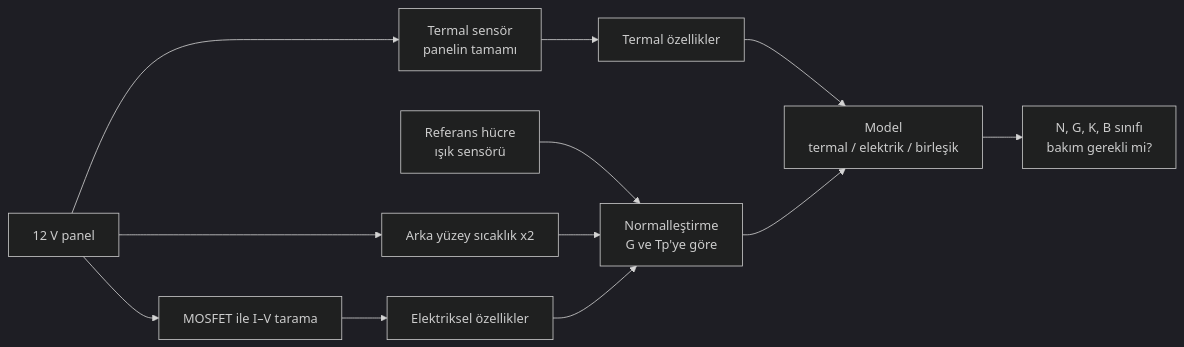
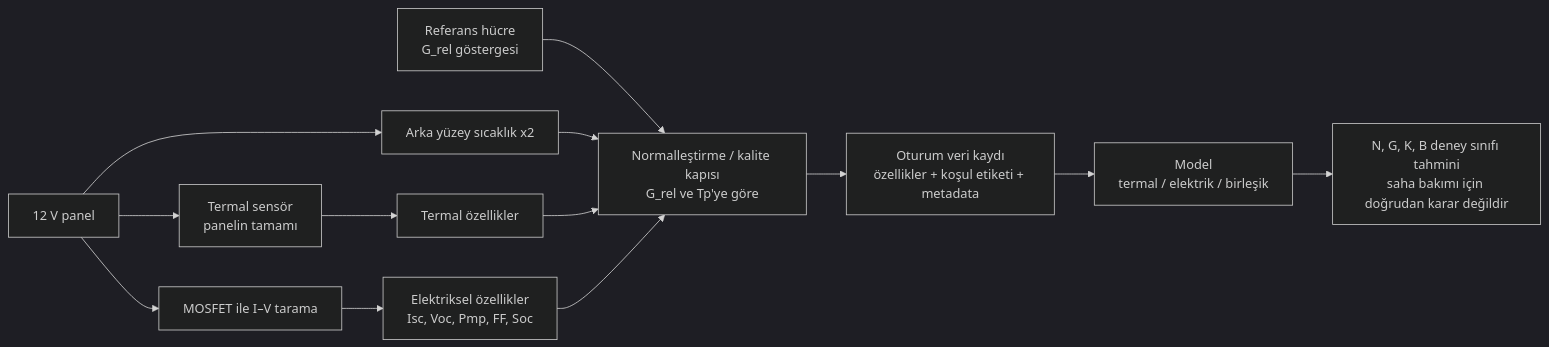
One commit to Zeki-wq/tubitak2209 changed the first of 4 diagrams in Gunes_Paneli_Ariza/15_DIYAGRAMLAR.md. Above: the diagram before and after it, drawn with Mermaid (dark theme). The commit also changed other lines of this file and 114 other files, not shown here.

````diff
--- a/Gunes_Paneli_Ariza/15_DIYAGRAMLAR.md
+++ b/Gunes_Paneli_Ariza/15_DIYAGRAMLAR.md
@@ -7,14 +7,15 @@
 ```mermaid
 flowchart LR
     P[12 V panel] --> TS[Termal sensör<br/>panelin tamamı]
     P --> IV[MOSFET ile I–V tarama]
     P --> TB[Arka yüzey sıcaklık x2]
-    R[Referans hücre<br/>ışık sensörü] --> N
+    R[Referans hücre<br/>G_rel göstergesi] --> N
     TS --> F1[Termal özellikler]
-    IV --> F2[Elektriksel özellikler]
-    TB --> N[Normalleştirme<br/>G ve Tp'ye göre]
+    IV --> F2[Elektriksel özellikler<br/>Isc, Voc, Pmp, FF, Soc]
+    TB --> N[Normalleştirme / kalite kapısı<br/>G_rel ve Tp'ye göre]
+    F1 --> N
     F2 --> N
-    F1 --> M[Model<br/>termal / elektrik / birleşik]
-    N --> M
-    M --> C[N, G, K, B sınıfı<br/>bakım gerekli mi?]
+    N --> D[Oturum veri kaydı<br/>özellikler + koşul etiketi + metadata]
+    D --> M[Model<br/>termal / elektrik / birleşik]
+    M --> C[N, G, K, B deney sınıfı tahmini<br/>saha bakımı için doğrudan karar değildir]
 ```
````
